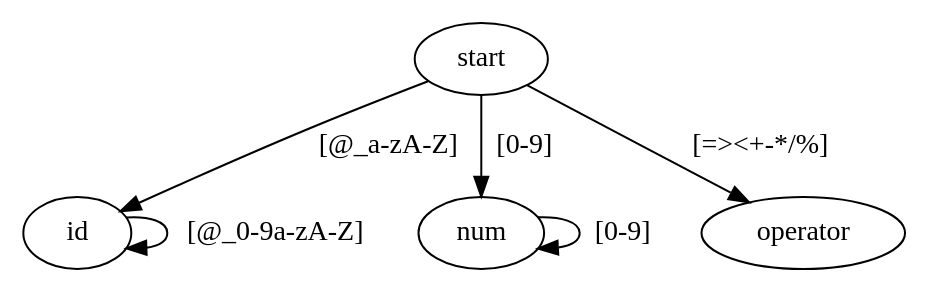
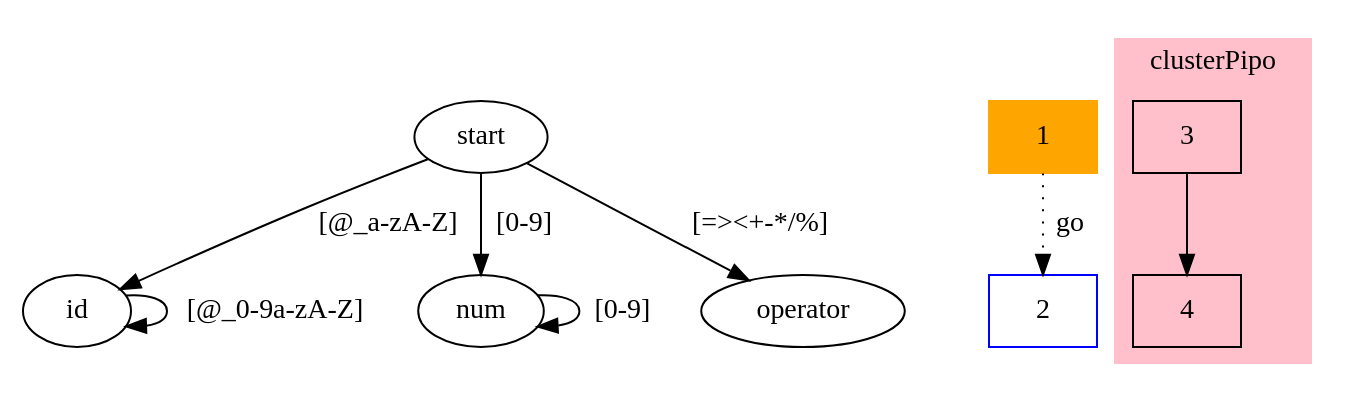
One commit to Xitog/tallentaa changed the diagram in autres/dot/test_graphviz.dot. Above: the diagram before and after it, drawn with Graphviz.

Commit message:
Dot : exemple plus complet
Dot : exemple plus complet

```diff
--- a/autres/dot/test_graphviz.dot
+++ b/autres/dot/test_graphviz.dot
@@ -1,11 +1,31 @@
 // http://graphviz.org/pdf/dotguide.pdf
 
 digraph Language {
+    
+    //---------------------
+    // Test for a language
+    //---------------------
+    
     start -> id [label=" [@_a-zA-Z] "] ;
     start -> num [label=" [0-9] "] ;
     start -> operator [label= " [=><+-*/%] "] ;
     
     id -> id [label=" [@_0-9a-zA-Z] "] ;
     num -> num [label=" [0-9] "] ;
     
+    //----------------------------------
+    // Test for a Fighting Fantasy Book
+    //----------------------------------
+    
+    node [shape=box]; 
+    1 [color=orange,style=filled];
+    2 [color=blue];
+    1 -> 2 [style=dotted,label=" go "];
+    
+    subgraph clusterPipo {
+        3 -> 4;
+        color=pink;
+        style=filled;
+        label= "clusterPipo";
+    }
 }
```
